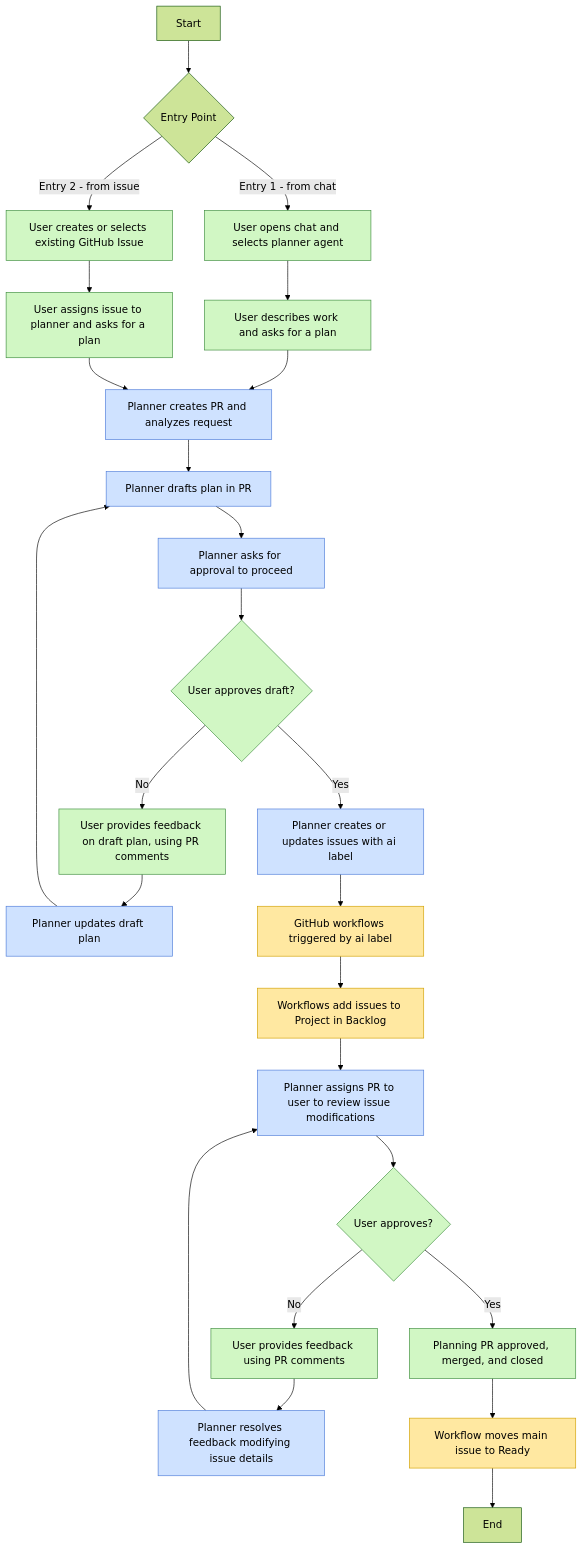
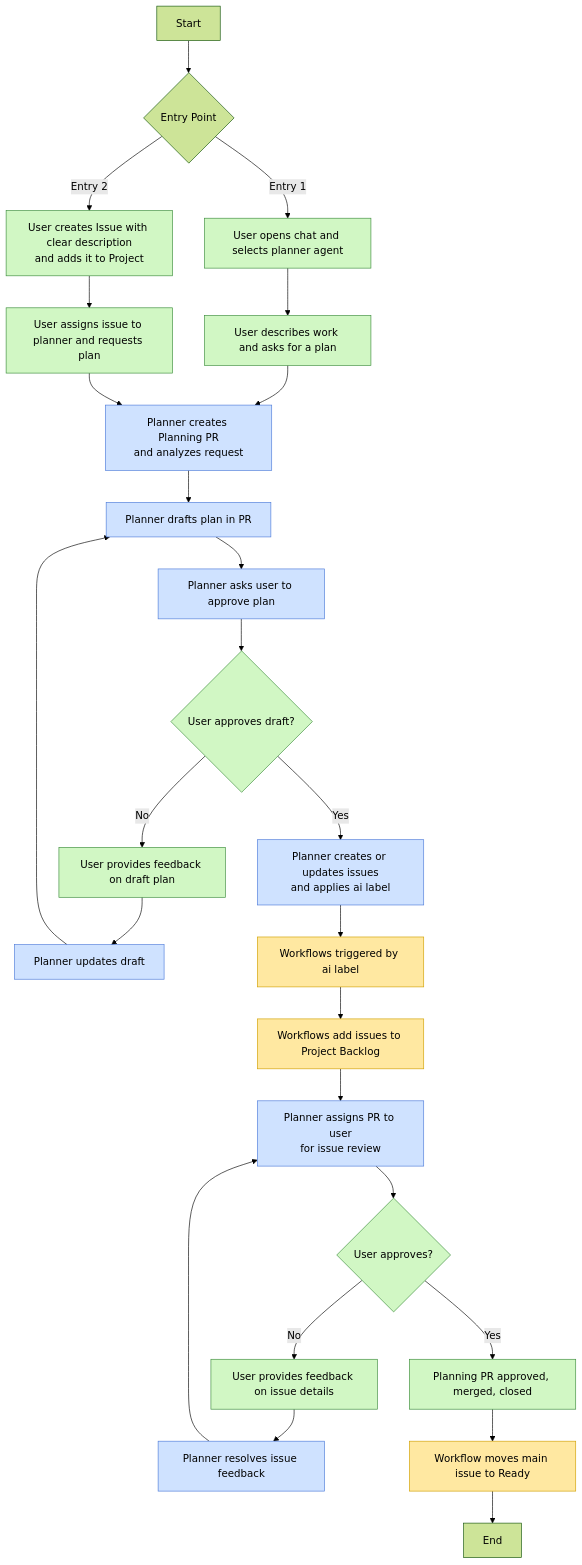
The first of 3 diagrams in workflows/planner.md (Dave76/codelantern-ai), drawn with Mermaid (forest theme) before and after one commit. The commit also changed other lines of this file, not shown here.

````diff
--- a/workflows/planner.md
+++ b/workflows/planner.md
@@ -233,44 +46,42 @@
 ```mermaid
-flowchart 
+flowchart TD
 
-    %% NODES ---------------------------------------------------------
     A[Start]
 
     B{Entry Point}
 
     C[User opens chat and selects planner agent]
-    D[User creates or selects existing GitHub Issue]
+    D[User creates Issue with clear description<br/>and adds it to Project]
 
     E[User describes work and asks for a plan]
-    F[User assigns issue to planner and asks for a plan]
+    F[User assigns issue to planner and requests plan]
 
-    G[Planner creates PR and analyzes request]
+    G[Planner creates Planning PR<br/>and analyzes request]
     H[Planner drafts plan in PR]
-    HA[Planner asks for approval to proceed]
+    HA[Planner asks user to approve plan]
 
     I{User approves draft?}
-    J[User provides feedback on draft plan, using PR comments]
-    K[Planner updates draft plan]
+    J[User provides feedback on draft plan]
+    K[Planner updates draft]
 
-    L[Planner creates or updates issues with ai label]
-    M[GitHub workflows triggered by ai label]
-    N[Workflows add issues to Project in Backlog]
-    O[Planner assigns PR to user to review issue modifications]
+    L[Planner creates or updates issues<br/>and applies ai label]
+    M[Workflows triggered by ai label]
+    N[Workflows add issues to Project Backlog]
+    O[Planner assigns PR to user<br/>for issue review]
 
     P{User approves?}
 
-    Q[User provides feedback using PR comments]
-    R[Planner resolves feedback modifying issue details]
+    Q[User provides feedback on issue details]
+    R[Planner resolves issue feedback]
 
-    S[Planning PR approved, merged, and closed]
+    S[Planning PR approved, merged, closed]
 
     T[Workflow moves main issue to Ready]
     U[End]
 
-    %% FLOW ----------------------------------------------------------
     A --> B
-    B -->|Entry 1 - from chat| C
-    B -->|Entry 2 - from issue| D
+    B -->|Entry 1| C
+    B -->|Entry 2| D
 
     C --> E
     D --> F
@@ -303,17 +114,11 @@
     S --> T
     T --> U
 
-    %% COLOR CODING --------------------------------------------------
-    classDef human fill:#d1f7c4,stroke:#3c8c3c,stroke-width:1px,color:#000;
-    classDef ai fill:#cfe2ff,stroke:#4d7bd9,stroke-width:1px,color:#000;
-    classDef automation fill:#ffe8a1,stroke:#d1a000,stroke-width:1px,color:#000;
+    classDef human fill:#d1f7c4,stroke:#3c8c3c,color:#000;
+    classDef ai fill:#cfe2ff,stroke:#4d7bd9,color:#000;
+    classDef automation fill:#ffe8a1,stroke:#d1a000,color:#000;
 
-    %% Human nodes
     class C,E,D,F,I,J,P,Q,S human;
-
-    %% AI agent nodes
     class G,H,HA,K,O,L,R ai;
-
-    %% Automation nodes
     class M,N,T automation;
 ```
````
